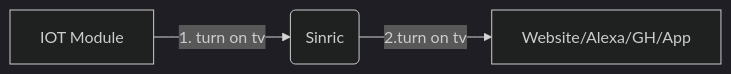
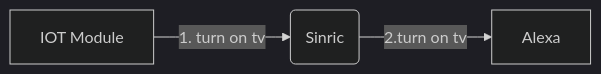
One commit to kakopappa/sinric-pro-help changed the third of 3 diagrams in protocol/alexa-commnication.md. Above: the diagram before and after it, drawn with Mermaid (dark theme). The commit also changed other lines of this file, not shown here.

Commit message:
protocol/alexa-commnication.md updated from https://stackedit.io/

````diff
--- a/protocol/alexa-commnication.md
+++ b/protocol/alexa-commnication.md
@@ -42,5 +41,5 @@
 ```mermaid
 graph LR
 A[IOT Module] -- 1. turn on tv --> B(Sinric)
-B -- 2.turn on tv --> D[Website/Alexa/GH/App]
+B -- 2.turn on tv --> D[Alexa]
 ```
````
